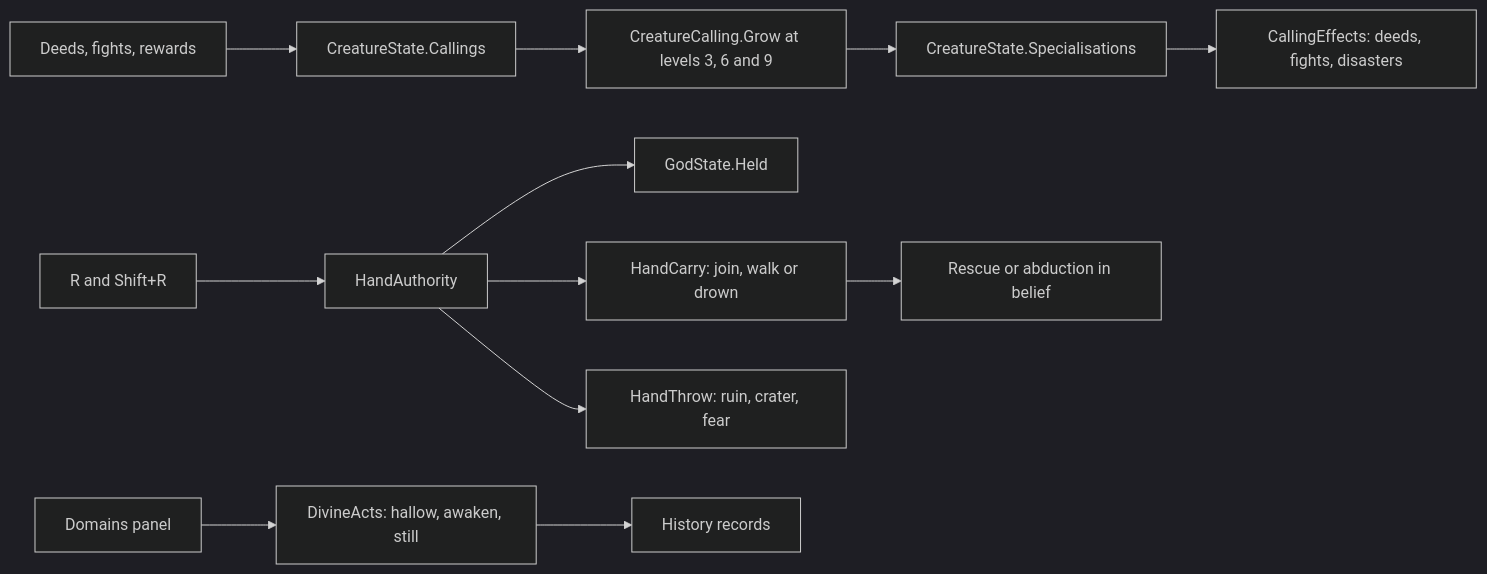
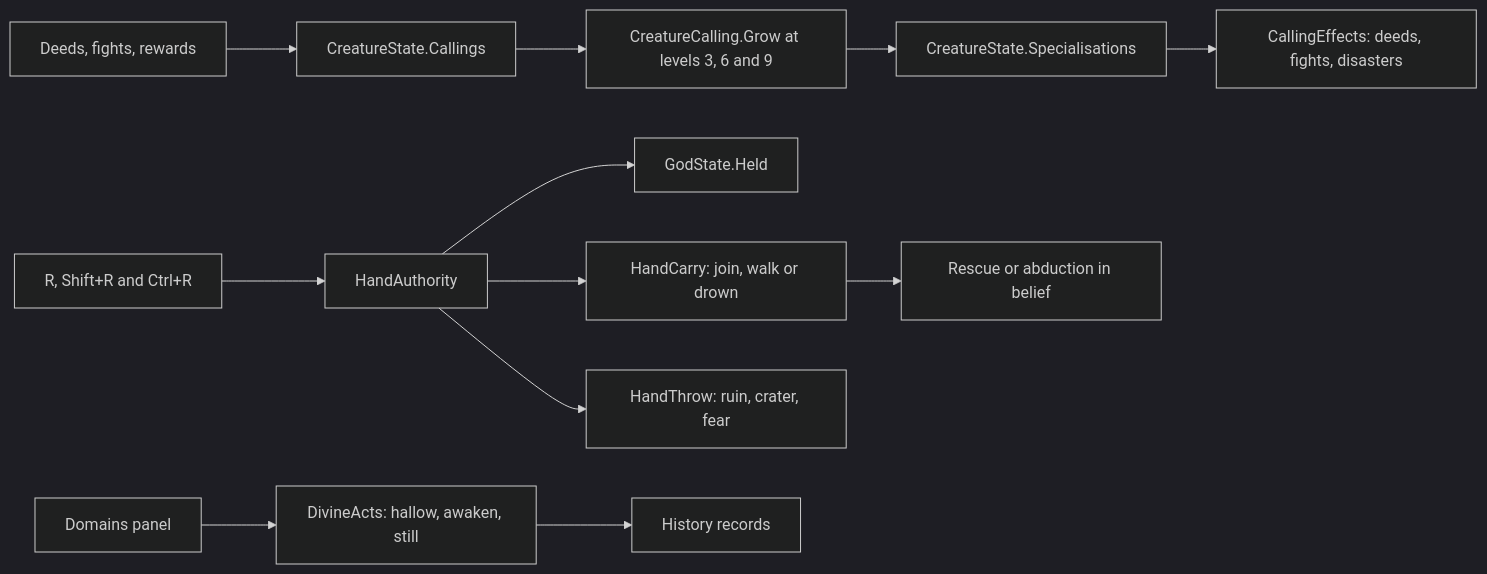
One commit to roeyazroel/pantheon changed diagram 26 of 32 in docs/ARCHITECTURE.md. Above: the diagram before and after it, drawn with Mermaid (dark theme). The commit also changed other lines of this file and 60 other files, not shown here.

````diff
--- a/docs/ARCHITECTURE.md
+++ b/docs/ARCHITECTURE.md
@@ -1750,14 +1752,14 @@
 ```mermaid
 flowchart LR
     deeds[Deeds, fights, rewards] --> callings[CreatureState.Callings]
     callings --> grow[CreatureCalling.Grow at levels 3, 6 and 9]
     grow --> paths[CreatureState.Specialisations]
     paths --> effects[CallingEffects: deeds, fights, disasters]
-    key[R and Shift+R] --> hand[HandAuthority]
+    key[R, Shift+R and Ctrl+R] --> hand[HandAuthority]
     hand --> held[GodState.Held]
     hand --> carry[HandCarry: join, walk or drown]
     hand --> throw[HandThrow: ruin, crater, fear]
     carry --> belief[Rescue or abduction in belief]
     panel[Domains panel] --> act[DivineActs: hallow, awaken, still]
     act --> history[History records]
 ```
````
